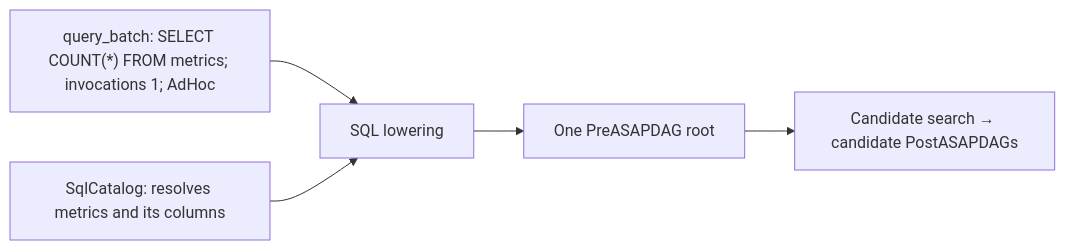
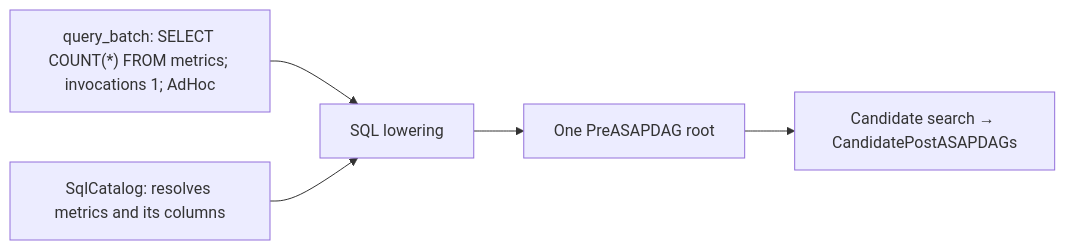
One commit to ProjectASAP/ASAPPlanner changed the second of 2 diagrams in docs/design_docs/architecture/input-output-workflow.md. Above: the diagram before and after it, drawn with Mermaid. The commit also changed other lines of this file and 2 other files, not shown here.

First line of the commit message:
docs: unify candidate generation layer outputs

````diff
--- a/docs/design_docs/architecture/input-output-workflow.md
+++ b/docs/design_docs/architecture/input-output-workflow.md
@@ -113,11 +113,11 @@
 ```mermaid
 flowchart LR
     Q["query_batch: SELECT COUNT(*) FROM metrics; invocations 1; AdHoc"]
     C["SqlCatalog: resolves metrics and its columns"]
     F["SQL lowering"]
     R["One PreASAPDAG root"]
-    P["Candidate search → candidate PostASAPDAGs"]
+    P["Candidate search → CandidatePostASAPDAGs"]
     Q --> F
     C --> F
     F --> R --> P
 ```
````
